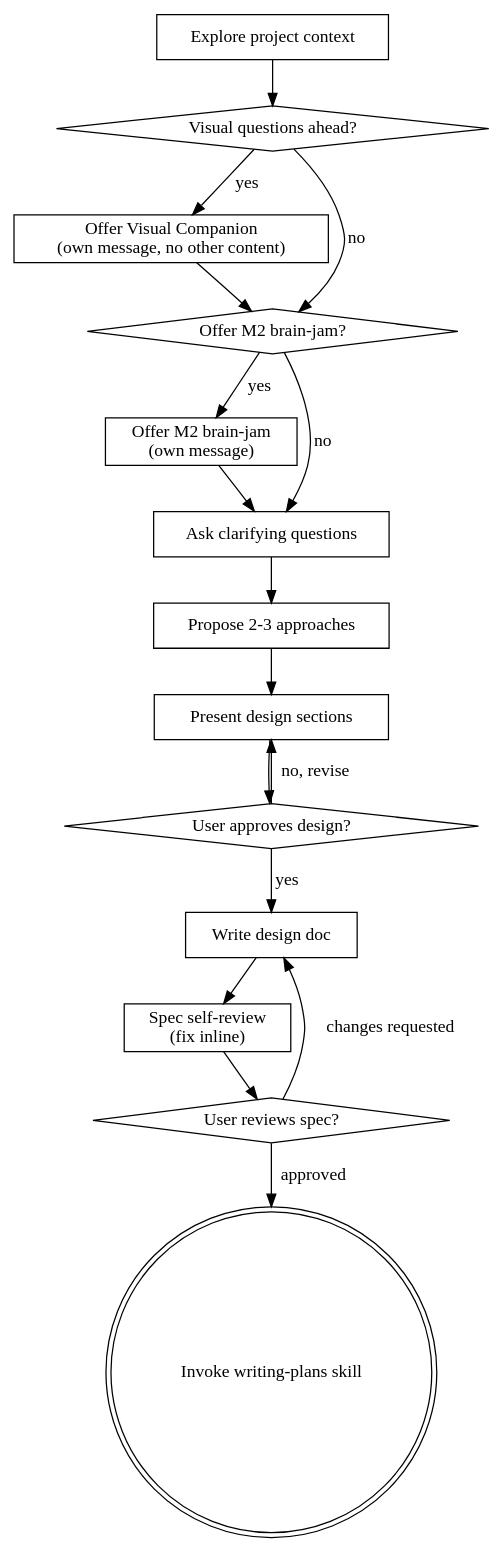
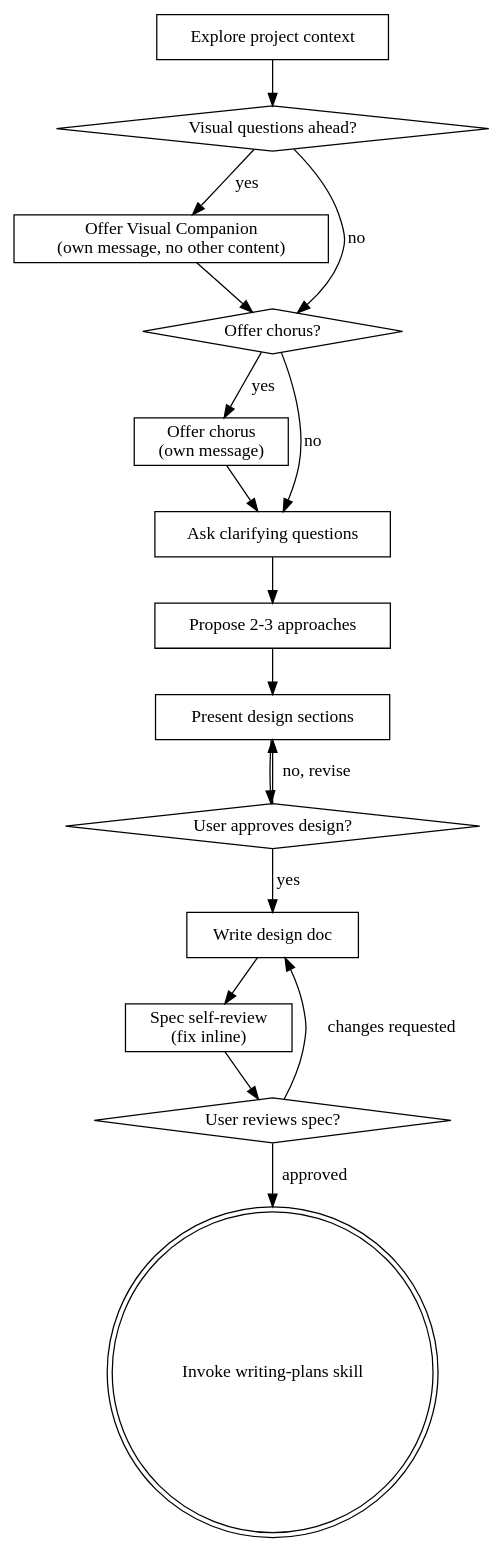
The diagram in skills/brainstorming/SKILL.md (kellenff/snowball), drawn with Graphviz before and after one commit. The commit also changed other lines of this file and 9 other files, not shown here.

First line of the commit message:
feat(brainstorming): swap M2 brain-jam companion for chorus

````diff
--- a/skills/brainstorming/SKILL.md
+++ b/skills/brainstorming/SKILL.md
@@ -37,34 +37,34 @@
 ```dot
 digraph brainstorming {
     "Explore project context" [shape=box];
     "Visual questions ahead?" [shape=diamond];
     "Offer Visual Companion\n(own message, no other content)" [shape=box];
-    "Offer M2 brain-jam?" [shape=diamond];
-    "Offer M2 brain-jam\n(own message)" [shape=box];
+    "Offer chorus?" [shape=diamond];
+    "Offer chorus\n(own message)" [shape=box];
     "Ask clarifying questions" [shape=box];
     "Propose 2-3 approaches" [shape=box];
     "Present design sections" [shape=box];
     "User approves design?" [shape=diamond];
     "Write design doc" [shape=box];
     "Spec self-review\n(fix inline)" [shape=box];
     "User reviews spec?" [shape=diamond];
     "Invoke writing-plans skill" [shape=doublecircle];
 
     "Explore project context" -> "Visual questions ahead?";
     "Visual questions ahead?" -> "Offer Visual Companion\n(own message, no other content)" [label="yes"];
-    "Visual questions ahead?" -> "Offer M2 brain-jam?" [label="no"];
-    "Offer Visual Companion\n(own message, no other content)" -> "Offer M2 brain-jam?";
-    "Offer M2 brain-jam?" -> "Offer M2 brain-jam\n(own message)" [label="yes"];
-    "Offer M2 brain-jam?" -> "Ask clarifying questions" [label="no"];
-    "Offer M2 brain-jam\n(own message)" -> "Ask clarifying questions";
+    "Visual questions ahead?" -> "Offer chorus?" [label="no"];
+    "Offer Visual Companion\n(own message, no other content)" -> "Offer chorus?";
+    "Offer chorus?" -> "Offer chorus\n(own message)" [label="yes"];
+    "Offer chorus?" -> "Ask clarifying questions" [label="no"];
+    "Offer chorus\n(own message)" -> "Ask clarifying questions";
     "Ask clarifying questions" -> "Propose 2-3 approaches";
     "Propose 2-3 approaches" -> "Present design sections";
     "Present design sections" -> "User approves design?";
     "User approves design?" -> "Present design sections" [label="no, revise"];
     "User approves design?" -> "Write design doc" [label="yes"];
     "Write design doc" -> "Spec self-review\n(fix inline)";
     "Spec self-review\n(fix inline)" -> "User reviews spec?";
     "User reviews spec?" -> "Write design doc" [label="changes requested"];
     "User reviews spec?" -> "Invoke writing-plans skill" [label="approved"];
 }
 ```
````
